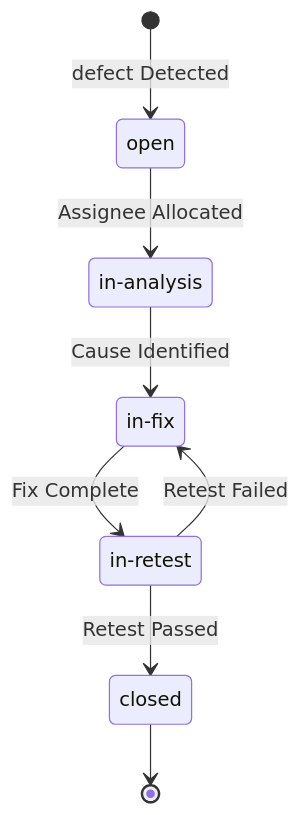
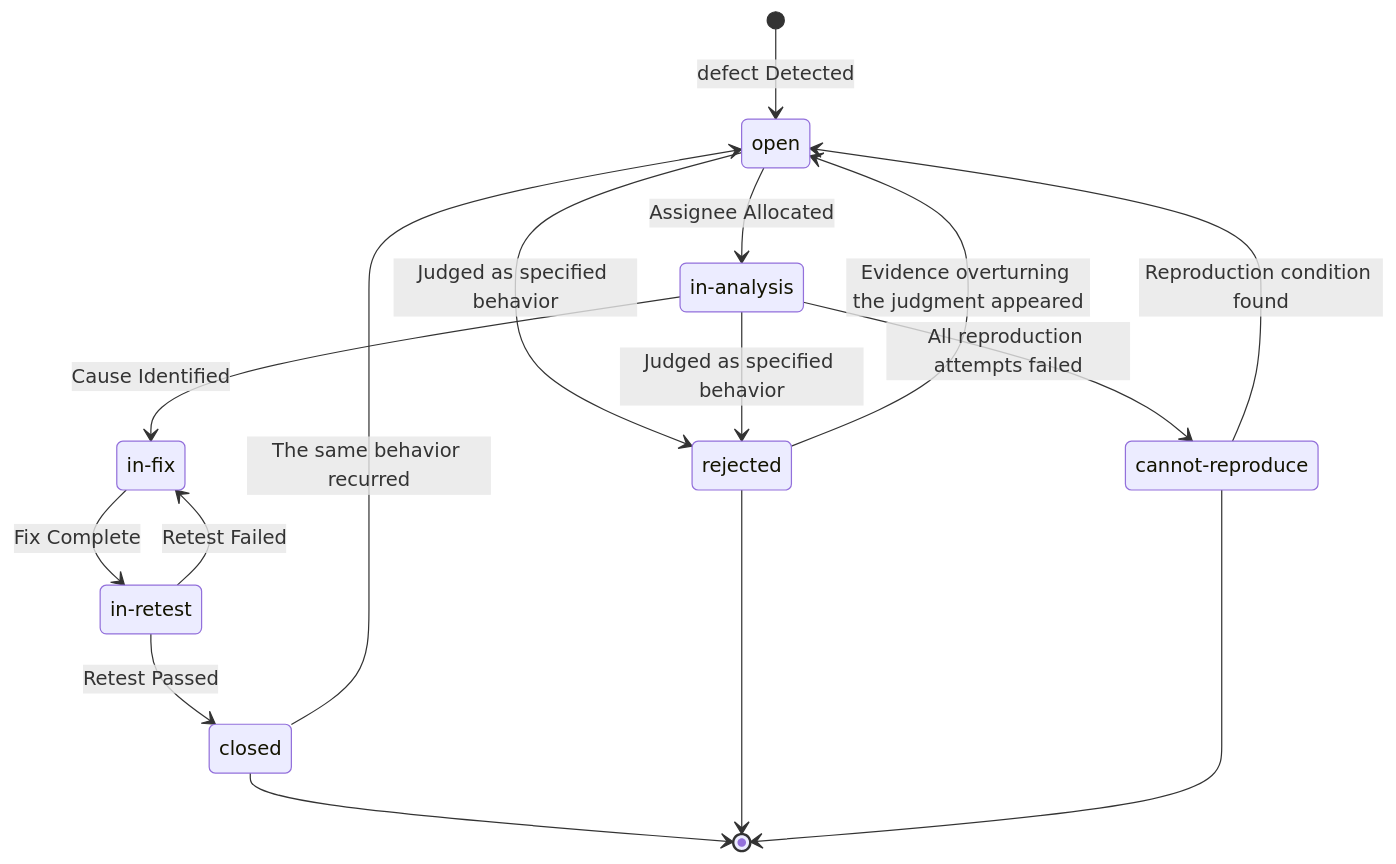
Before and after one commit to GoodRelax/gr-sw-maker: the fourth of 12 diagrams in framework-src/en/process-rules/full-auto-dev-process-rules.md, drawn with Mermaid. The commit also changed other lines of this file and 2 other files, not shown here.

````diff
--- a/framework-src/en/process-rules/full-auto-dev-process-rules.md
+++ b/framework-src/en/process-rules/full-auto-dev-process-rules.md
@@ -454,15 +462,25 @@
 ```mermaid
 stateDiagram-v2
     state "open" as Open
     state "in-analysis" as InAnalysis
     state "in-fix" as InFix
     state "in-retest" as InRetest
     state "closed" as Closed
+    state "rejected" as Rejected
+    state "cannot-reproduce" as CannotReproduce
     [*] --> Open: defect Detected
     Open --> InAnalysis: Assignee Allocated
+    Open --> Rejected: Judged as specified behavior
     InAnalysis --> InFix: Cause Identified
+    InAnalysis --> Rejected: Judged as specified behavior
+    InAnalysis --> CannotReproduce: All reproduction attempts failed
     InFix --> InRetest: Fix Complete
     InRetest --> Closed: Retest Passed
     InRetest --> InFix: Retest Failed
+    CannotReproduce --> Open: Reproduction condition found
+    Rejected --> Open: Evidence overturning the judgment appeared
+    Closed --> Open: The same behavior recurred
     Closed --> [*]
+    Rejected --> [*]
+    CannotReproduce --> [*]
 ```
````
